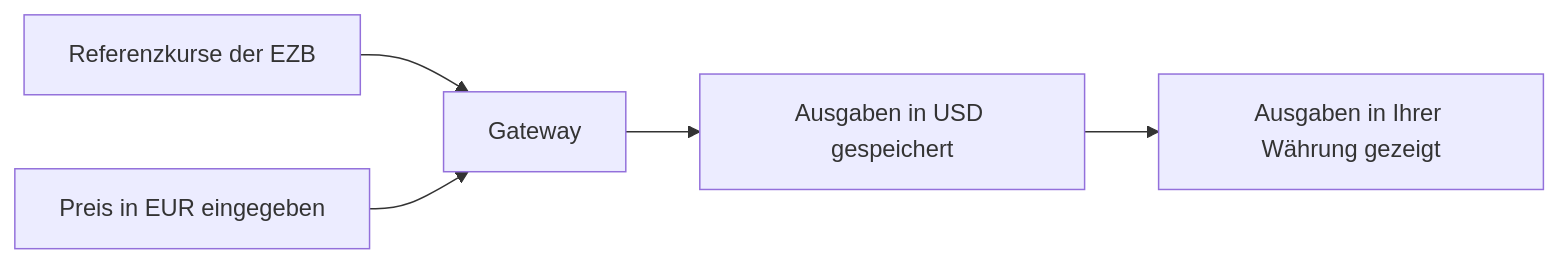
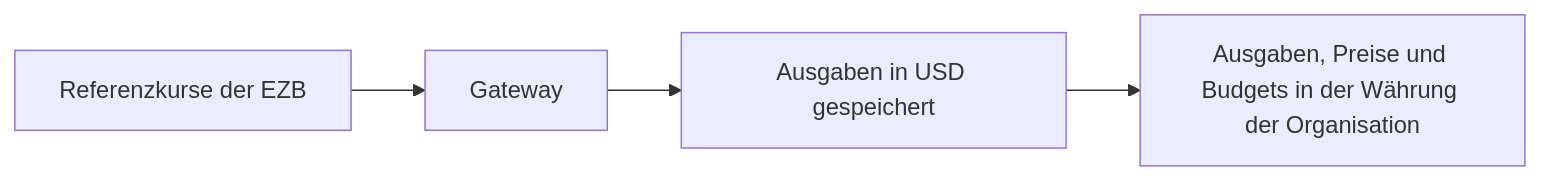
Before and after one commit to logicplanes/kaeso: the diagram in apps/docs/content/de/concepts/currencies.md, drawn with Mermaid. The commit also changed other lines of this file and 191 other files, not shown here.

````diff
--- a/apps/docs/content/de/concepts/currencies.md
+++ b/apps/docs/content/de/concepts/currencies.md
@@ -9,9 +9,8 @@
 ```mermaid
 flowchart LR
-  accTitle: Wo andere Währungen erscheinen
-  accDescr: Das Gateway holt die Referenzkurse der EZB einmal pro Arbeitstag. Ein in Euro eingegebener Preis wird zum neuesten Kurs in US-Dollar berechnet, und in US-Dollar gespeicherte Ausgaben werden als Schätzung in Ihrer Währung gezeigt.
+  accTitle: Wo die Währung der Organisation hinzukommt
+  accDescr: Das Gateway holt die Referenzkurse der EZB einmal pro Arbeitstag. Anfragen werden in US-Dollar berechnet und gespeichert, und die Organisation liest Ausgaben, Preise und Budgets in ihrer eigenen Währung.
   ecb[Referenzkurse der EZB]:::outside --> gateway[Gateway]:::accent
-  price[Preis in EUR eingegeben] --> gateway
   gateway --> stored[Ausgaben in USD gespeichert]
-  stored --> shown[Ausgaben in Ihrer Währung gezeigt]
+  stored --> shown[Ausgaben, Preise und Budgets in der Währung der Organisation]
 ```
````
